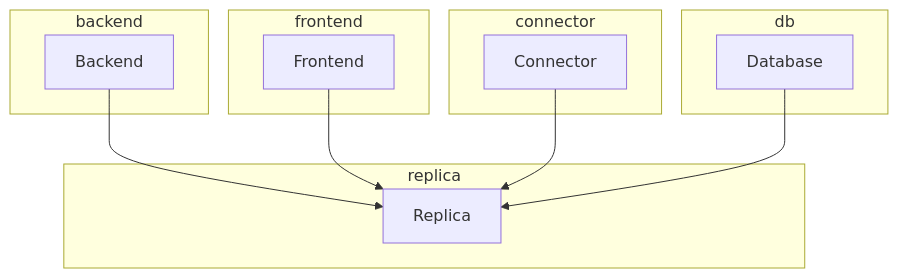
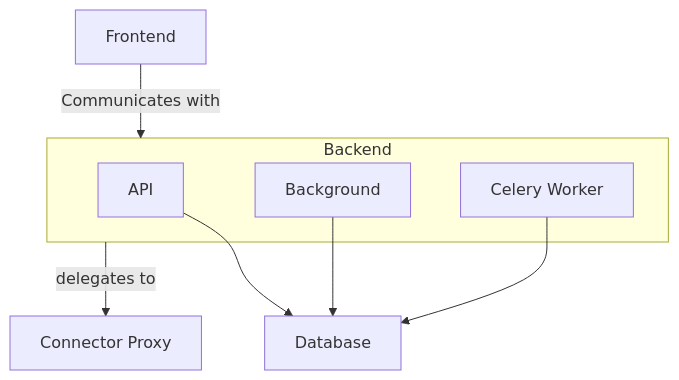
The diagram in docs/DevOps_installation_integration/deployment.md (sartography/spiff-arena), drawn with Mermaid before and after one commit. The commit also changed other lines of this file, not shown here.

````diff
--- a/docs/DevOps_installation_integration/deployment.md
+++ b/docs/DevOps_installation_integration/deployment.md
@@ -3,22 +11,16 @@
 ```mermaid
 graph TD;
-    subgraph backend
-        B[Backend]
+    subgraph Backend
+        A[API]
+        B[Background]
+        Ce[Celery Worker]
     end
-    subgraph frontend
-        F[Frontend]
-    end
-    subgraph connector
-        C[Connector]
-    end
-    subgraph db
-        D[Database]
-    end
-    subgraph replica
-        R[Replica]
-    end
-    B --> R
-    F --> R
-    C --> R
-    D --> R
+    F[Frontend]
+    Co[Connector Proxy]
+    D[Database]
+    A --> D
+    B --> D
+    Ce --> D
+    F -- Communicates with --> Backend
+    Backend -- delegates to --> Co
 ```
````
